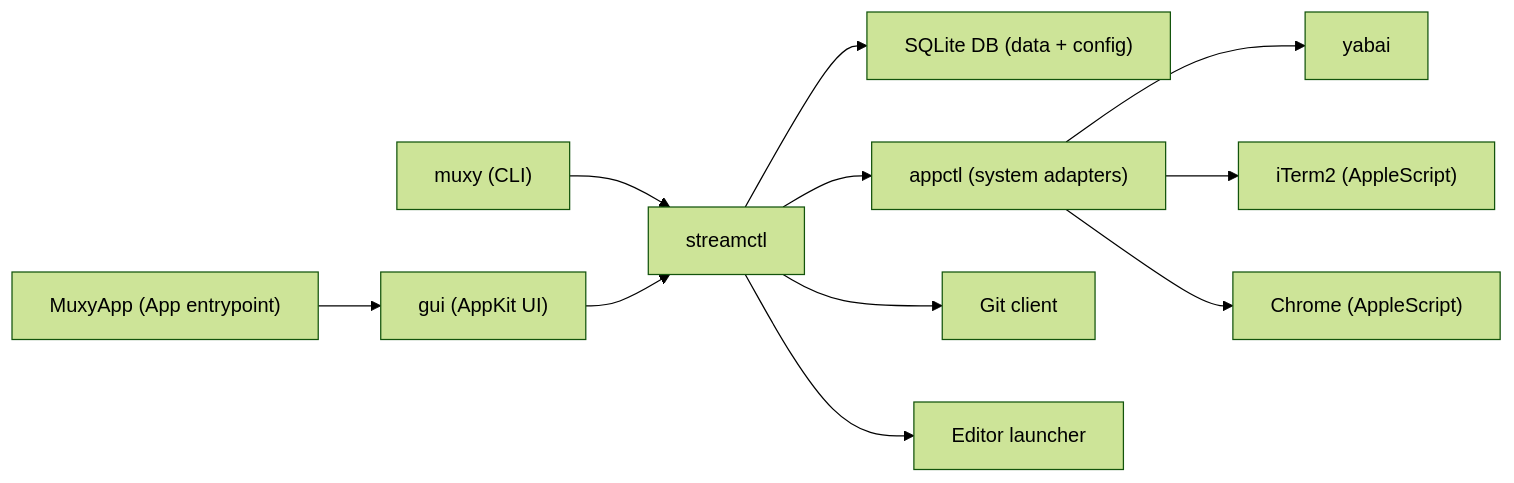
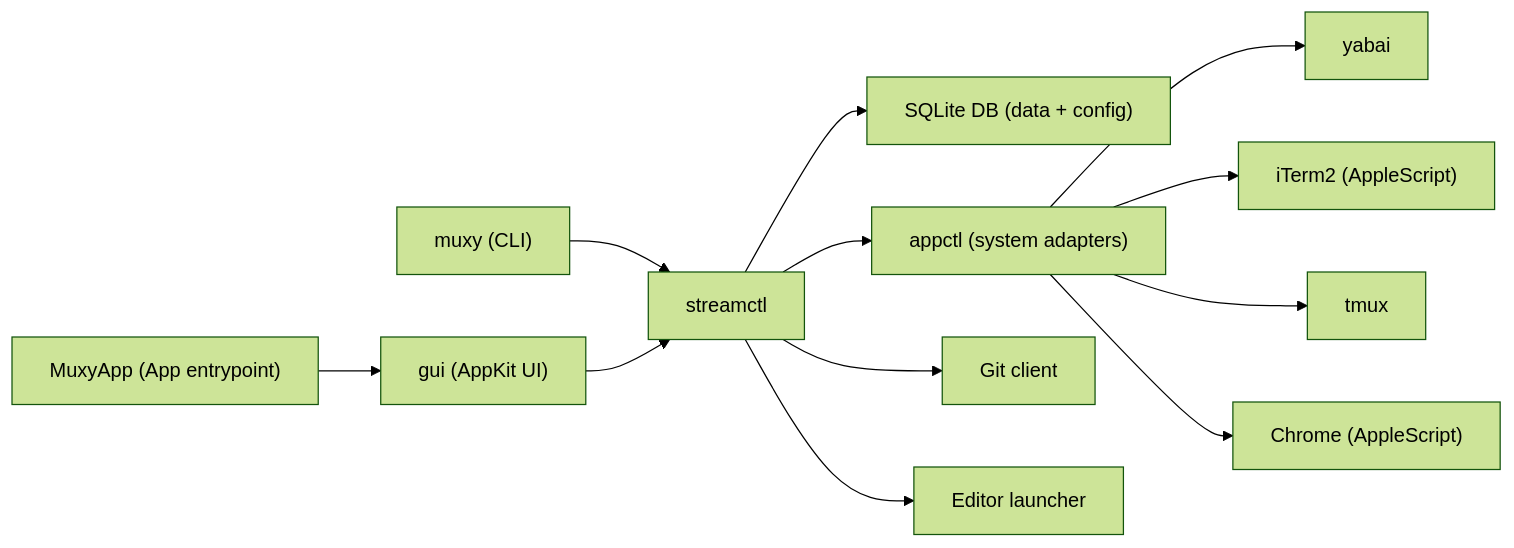
Before and after one commit to yogesh-dhande/spaces: the first of 5 diagrams in apps/macos/docs/architecture.md, drawn with Mermaid (forest theme). The commit also changed other lines of this file and 21 other files, not shown here.

````diff
--- a/apps/macos/docs/architecture.md
+++ b/apps/macos/docs/architecture.md
@@ -24,15 +24,16 @@
 ```mermaid
 flowchart LR
   cli["muxy (CLI)"] --> stream["streamctl"]
   guiapp["MuxyApp (App entrypoint)"] --> gui["gui (AppKit UI)"]
   gui --> stream
 
   stream --> db["SQLite DB (data + config)"]
   stream --> appctl["appctl (system adapters)"]
   stream --> git["Git client"]
   stream --> editor["Editor launcher"]
 
   appctl --> yabai["yabai"]
   appctl --> iterm["iTerm2 (AppleScript)"]
+  appctl --> tmux["tmux"]
   appctl --> chrome["Chrome (AppleScript)"]
 ```
````
